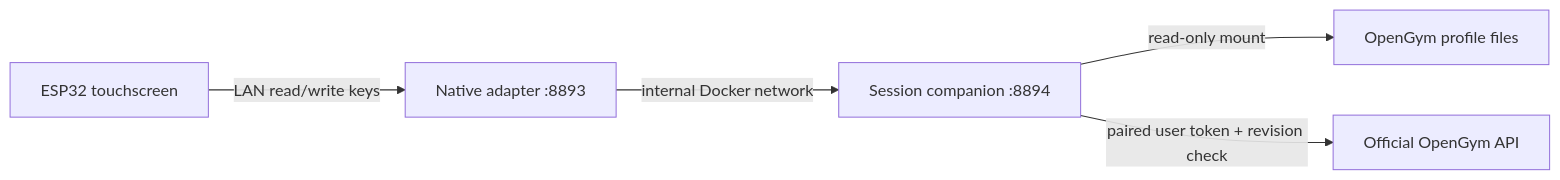
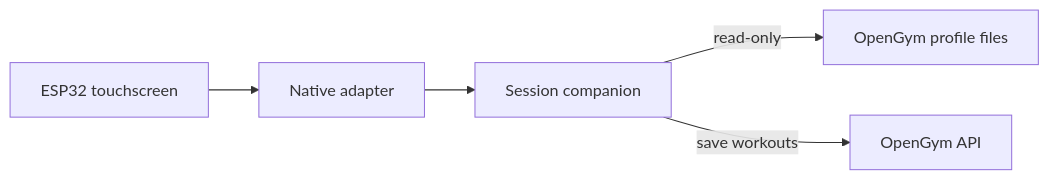
The diagram in README.md (andresol/opengym-panel), drawn with Mermaid before and after one commit. The commit also changed other lines of this file and 1 other file, not shown here.

````diff
--- a/README.md
+++ b/README.md
@@ -79,7 +73,7 @@
 ```mermaid
 flowchart LR
-    Screen[ESP32 touchscreen] -->|LAN read/write keys| Native[Native adapter :8893]
-    Native -->|internal Docker network| Sessions[Session companion :8894]
-    Sessions -->|read-only mount| Data[OpenGym profile files]
-    Sessions -->|paired user token + revision check| API[Official OpenGym API]
+    Screen[ESP32 touchscreen] --> Native[Native adapter]
+    Native --> Sessions[Session companion]
+    Sessions -->|read-only| Data[OpenGym profile files]
+    Sessions -->|save workouts| API[OpenGym API]
 ```
````
